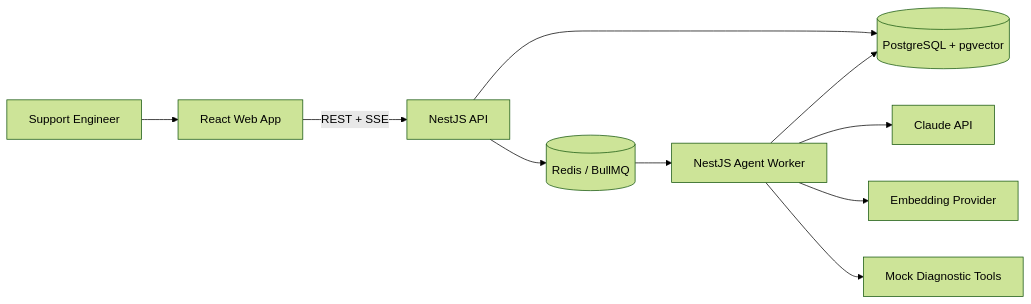
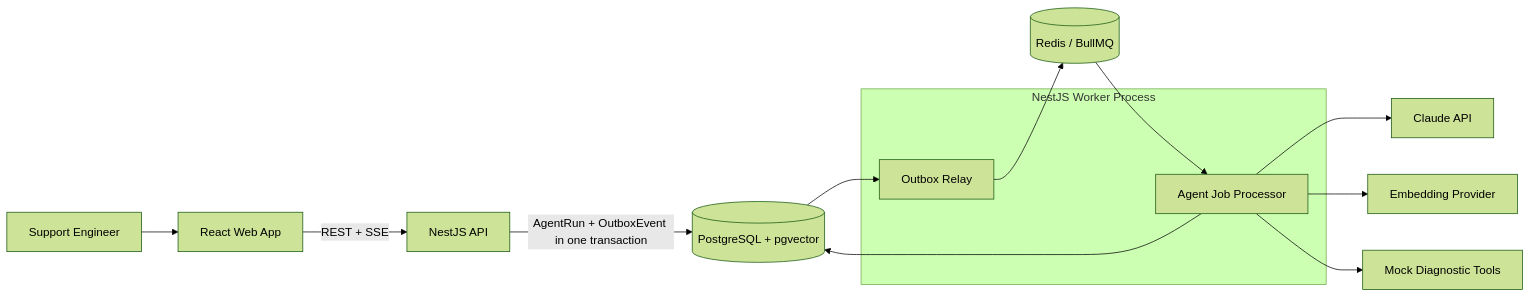
The first of 9 diagrams in docs/03-technical-design.md (wye-ts/opspilot), drawn with Mermaid (forest theme) before and after one commit. The commit also changed other lines of this file, not shown here.

Commit message:
Add transactional outbox design

````diff
--- a/docs/03-technical-design.md
+++ b/docs/03-technical-design.md
@@ -142,12 +153,18 @@
 ```mermaid
 flowchart LR
     User[Support Engineer] --> Web[React Web App]
     Web -->|REST + SSE| API[NestJS API]
-    API --> DB[(PostgreSQL + pgvector)]
-    API --> Queue[(Redis / BullMQ)]
-    Queue --> Worker[NestJS Agent Worker]
-    Worker --> DB
-    Worker --> Claude[Claude API]
-    Worker --> Embed[Embedding Provider]
-    Worker --> Tools[Mock Diagnostic Tools]
+    API -->|AgentRun + OutboxEvent in one transaction| DB[(PostgreSQL + pgvector)]
+    DB --> Relay[Outbox Relay]
+    Relay --> Queue[(Redis / BullMQ)]
+    Queue --> Processor[Agent Job Processor]
+    Processor --> DB
+    Processor --> Claude[Claude API]
+    Processor --> Embed[Embedding Provider]
+    Processor --> Tools[Mock Diagnostic Tools]
+
+    subgraph WorkerProcess[NestJS Worker Process]
+        Relay
+        Processor
+    end
 ```
````
